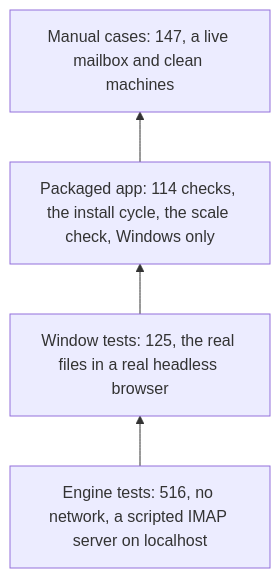
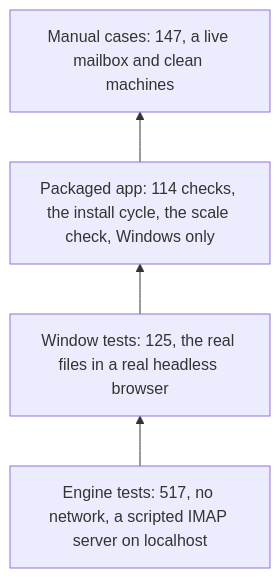
Before and after one commit to SarangVehale/email-todolist: the first of 2 diagrams in docs/testing/strategy.md, drawn with Mermaid. The commit also changed other lines of this file and 15 other files, not shown here.

````diff
--- a/docs/testing/strategy.md
+++ b/docs/testing/strategy.md
@@ -24,6 +24,6 @@
 ```mermaid
 flowchart BT
-    E["Engine tests: 516, no network, a scripted IMAP server on localhost"] --> W["Window tests: 125, the real files in a real headless browser"]
+    E["Engine tests: 517, no network, a scripted IMAP server on localhost"] --> W["Window tests: 125, the real files in a real headless browser"]
     W --> P["Packaged app: 114 checks, the install cycle, the scale check, Windows only"]
     P --> M["Manual cases: 147, a live mailbox and clean machines"]
 ```
````
